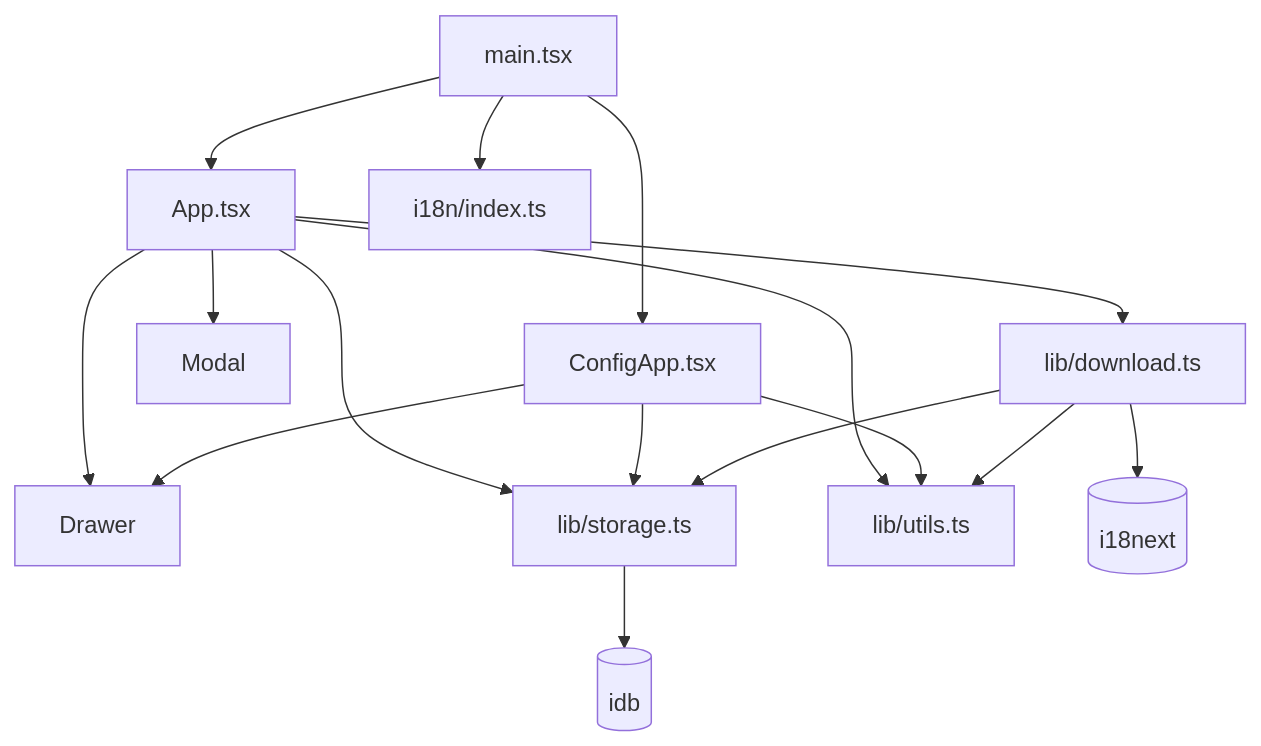
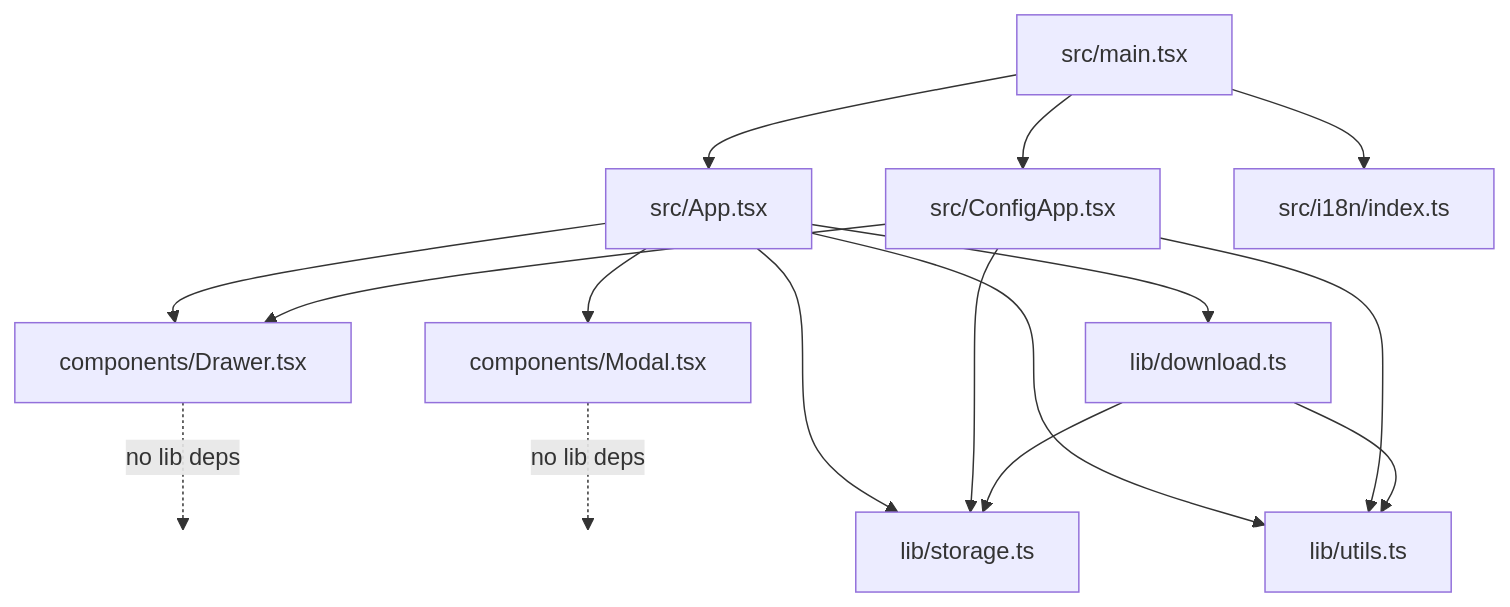
One commit to hidao80/Fast-logbook-PWA changed the diagram in .claude/analyzed/components.md. Above: the diagram before and after it, drawn with Mermaid. The commit also changed other lines of this file and 19 other files, not shown here.

````diff
--- a/.claude/analyzed/components.md
+++ b/.claude/analyzed/components.md
@@ -42,8 +34,25 @@
 ```mermaid
-flowchart TD
-    main[main.tsx] --> App[App.tsx] & Config[ConfigApp.tsx] & i18n[i18n/index.ts]
-    App --> Drawer & Modal & download[lib/download.ts] & storage[lib/storage.ts] & utils[lib/utils.ts]
-    Config --> Drawer & storage & utils
-    download --> storage & utils & i18next[(i18next)]
-    storage --> idb[(idb)]
+graph TD
+  main[src/main.tsx] --> App[src/App.tsx]
+  main --> ConfigApp[src/ConfigApp.tsx]
+  main --> i18nIndex[src/i18n/index.ts]
+
+  App --> Drawer[components/Drawer.tsx]
+  App --> Modal[components/Modal.tsx]
+  App --> download[lib/download.ts]
+  App --> storage[lib/storage.ts]
+  App --> utils[lib/utils.ts]
+
+  ConfigApp --> Drawer
+  ConfigApp --> storage
+  ConfigApp --> utils
+
+  download --> storage
+  download --> utils
+
+  Drawer -.no lib deps.-> none1[ ]
+  Modal -.no lib deps.-> none2[ ]
+
+  style none1 fill:none,stroke:none
+  style none2 fill:none,stroke:none
 ```
````
